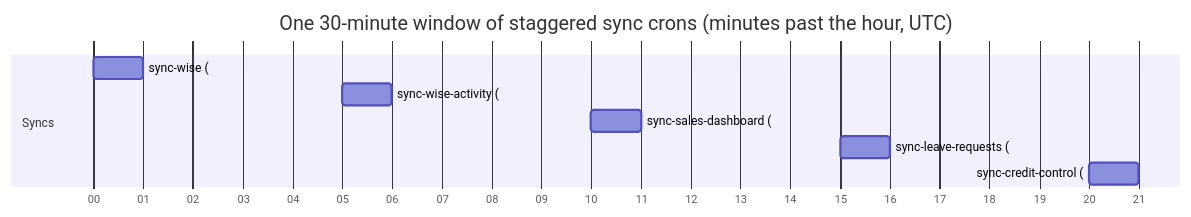
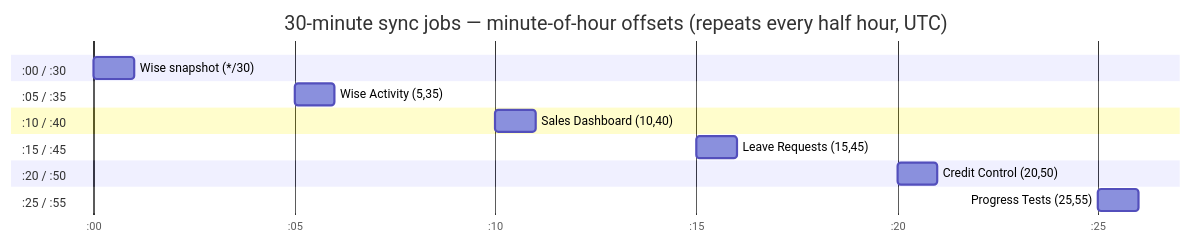
One commit to kasheesh711/bgscheduler changed the diagram in docs/reference/crons.md. Above: the diagram before and after it, drawn with Mermaid. The commit also changed other lines of this file and 63 other files, not shown here.

First line of the commit message:
docs: code-verified refresh + Progress Tests & Ops Hub coverage

````diff
--- a/docs/reference/crons.md
+++ b/docs/reference/crons.md
@@ -28,12 +30,18 @@
 ```mermaid
 gantt
-    title One 30-minute window of staggered sync crons (minutes past the hour, UTC)
-    dateFormat m
-    axisFormat %M
-    section Syncs
-    sync-wise (:00)            :a1, 0, 1m
-    sync-wise-activity (:05)   :a2, 5, 1m
-    sync-sales-dashboard (:10) :a3, 10, 1m
-    sync-leave-requests (:15)  :a4, 15, 1m
-    sync-credit-control (:20)  :a5, 20, 1m
+    title 30-minute sync jobs — minute-of-hour offsets (repeats every half hour, UTC)
+    dateFormat  m
+    axisFormat  :%M
+    section :00 / :30
+    Wise snapshot        (*/30)   :w1, 0, 1m
+    section :05 / :35
+    Wise Activity        (5,35)   :a1, 5, 1m
+    section :10 / :40
+    Sales Dashboard      (10,40)  :s1, 10, 1m
+    section :15 / :45
+    Leave Requests       (15,45)  :l1, 15, 1m
+    section :20 / :50
+    Credit Control       (20,50)  :c1, 20, 1m
+    section :25 / :55
+    Progress Tests       (25,55)  :p1, 25, 1m
 ```
````
